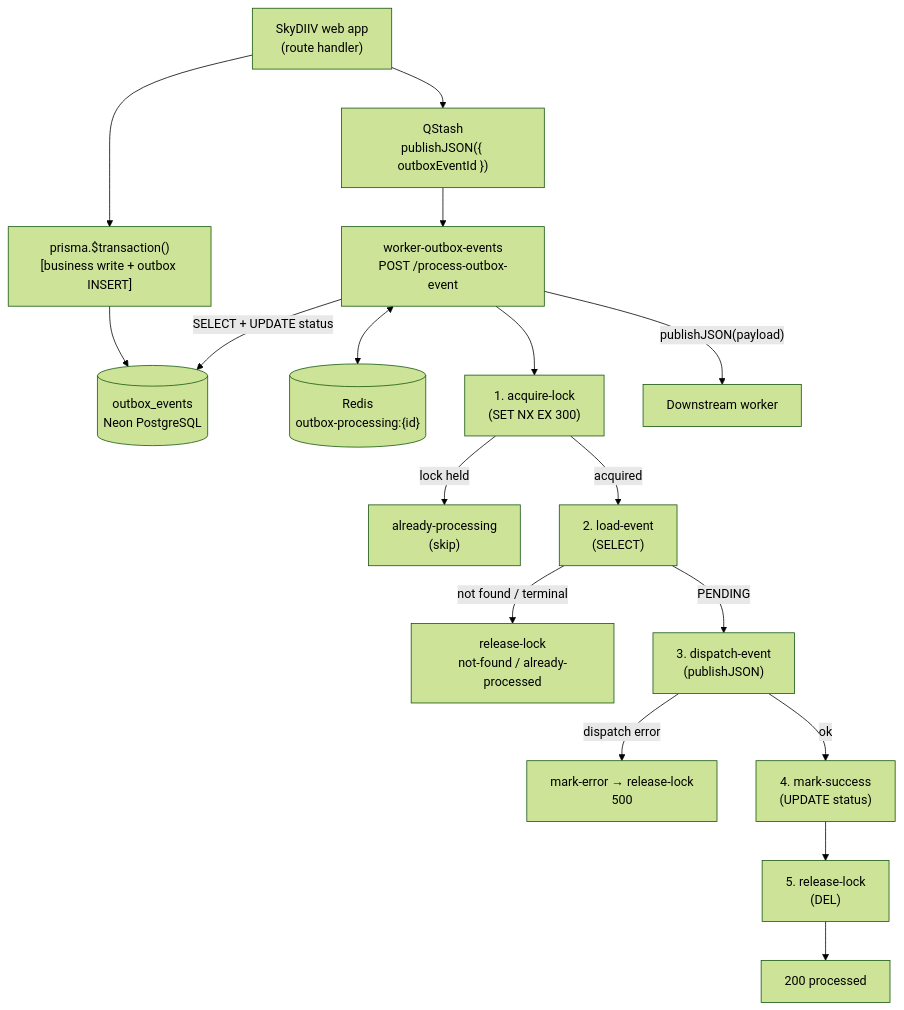
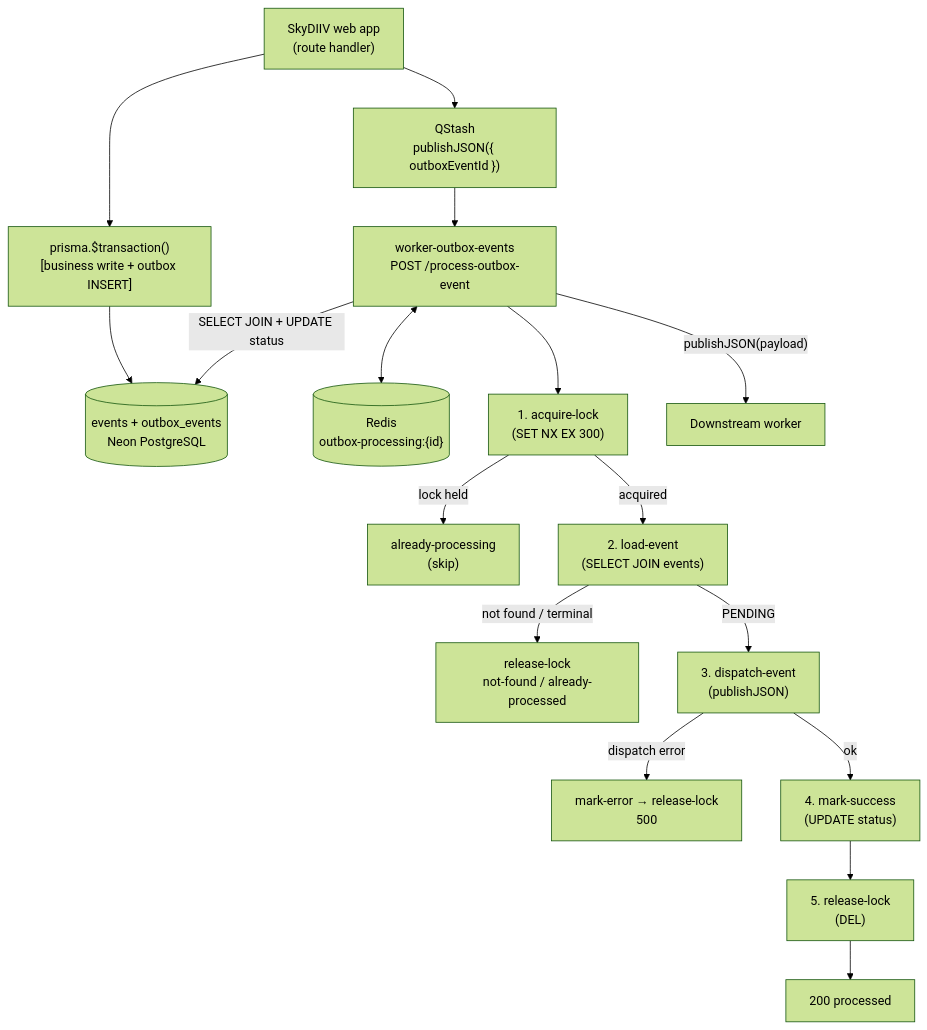
The first of 2 diagrams in apps/worker-outbox-events/docs/PROCESS_OUTBOX_EVENT.md (emmanuelviniciusdev/SkyDIIV--backstage), drawn with Mermaid (forest theme) before and after one commit. The commit also changed other lines of this file and 16 other files, not shown here.

Commit message:
refactor(worker-outbox-events): route outbox events by event_name and broker_name

````diff
--- a/apps/worker-outbox-events/docs/PROCESS_OUTBOX_EVENT.md
+++ b/apps/worker-outbox-events/docs/PROCESS_OUTBOX_EVENT.md
@@ -21,25 +21,25 @@
 ```mermaid
 graph TD
     WEB["SkyDIIV web app\n(route handler)"]
     TX["prisma.$transaction()\n[business write + outbox INSERT]"]
-    DB[("outbox_events\nNeon PostgreSQL")]
+    DB[("events + outbox_events\nNeon PostgreSQL")]
     MQ["QStash\npublishJSON({ outboxEventId })"]
     WORKER["worker-outbox-events\nPOST /process-outbox-event"]
     REDIS[("Redis\noutbox-processing:{id}")]
 
     WORKER --> S1["1. acquire-lock\n(SET NX EX 300)"]
     S1 -->|"lock held"| SKIP["already-processing\n(skip)"]
-    S1 -->|"acquired"| S2["2. load-event\n(SELECT)"]
+    S1 -->|"acquired"| S2["2. load-event\n(SELECT JOIN events)"]
     S2 -->|"not found / terminal"| S2A["release-lock\nnot-found / already-processed"]
     S2 -->|"PENDING"| S3["3. dispatch-event\n(publishJSON)"]
     S3 -->|"dispatch error"| S3B["mark-error → release-lock\n500"]
     S3 -->|"ok"| S4["4. mark-success\n(UPDATE status)"]
     S4 --> S5["5. release-lock\n(DEL)"]
     S5 --> DONE["200 processed"]
 
     WEB --> TX --> DB
     WEB --> MQ --> WORKER
     WORKER <--> REDIS
-    WORKER -->|"SELECT + UPDATE status"| DB
+    WORKER -->|"SELECT JOIN + UPDATE status"| DB
     WORKER -->|"publishJSON(payload)"| DS["Downstream worker"]
 ```
````
